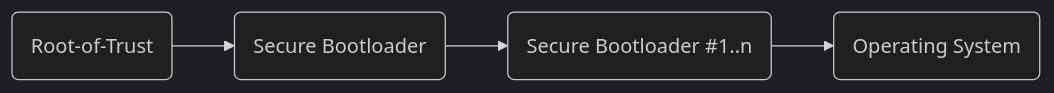
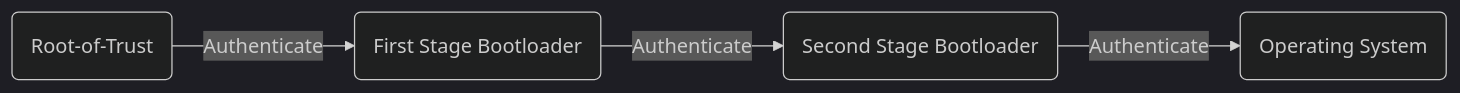
The first of 6 diagrams in security/secure_boot.md (orjangj/cookbook), drawn with Mermaid (dark theme) before and after one commit. The commit also changed other lines of this file and 1 other file, not shown here.

Commit message:
Add secure boot presentation

````diff
--- a/security/secure_boot.md
+++ b/security/secure_boot.md
@@ -100,6 +57,6 @@
 ```mermaid
 flowchart LR
-    A(Root-of-Trust) --> B(Secure Bootloader)
-    B --> C(Secure Bootloader #1..n)
-    C --> D(Operating System)
+    A(Root-of-Trust) -->|Authenticate| B(First Stage Bootloader)
+    B -->|Authenticate| C(Second Stage Bootloader)
+    C -->|Authenticate| D(Operating System)
 ```
````
